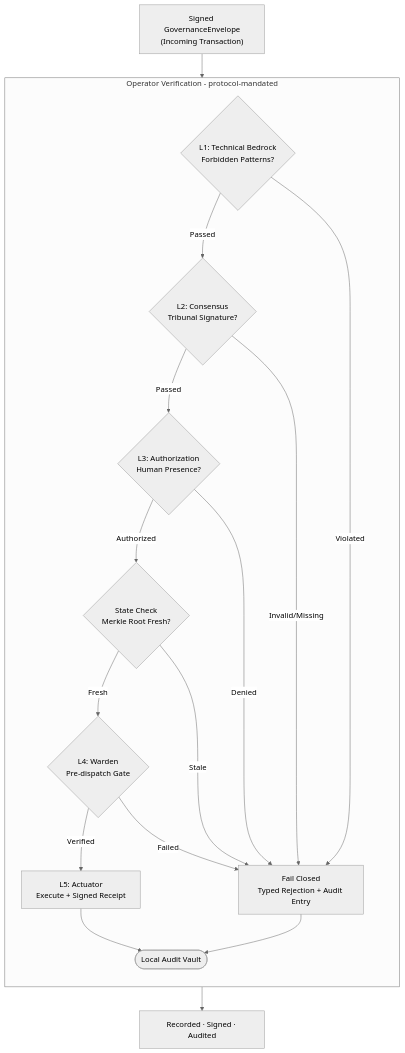
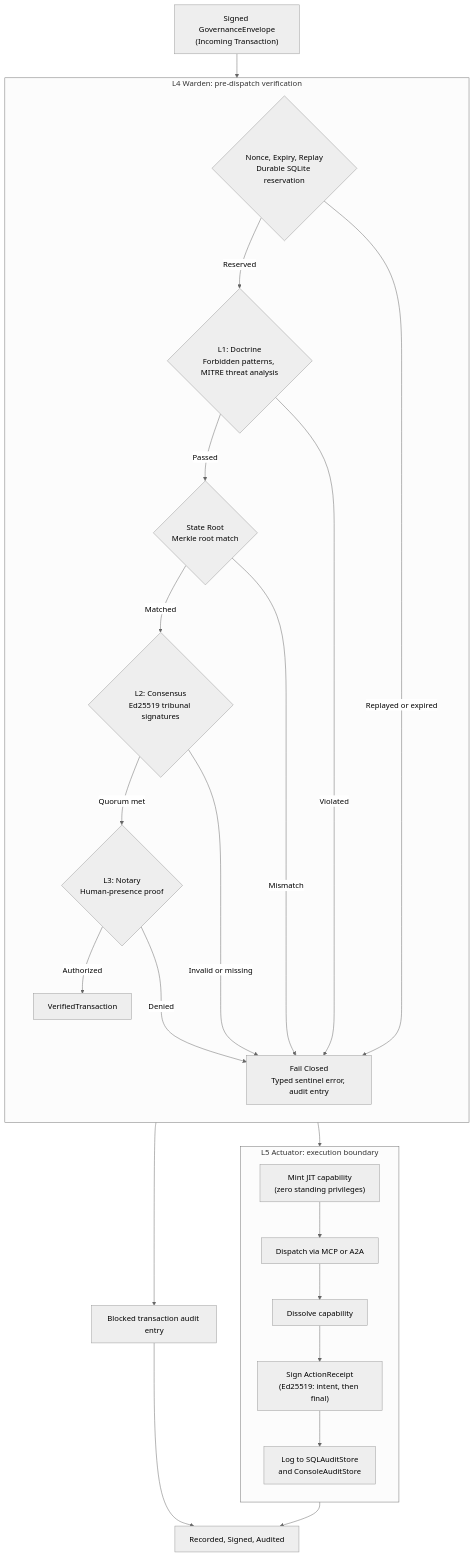
One commit to g8e-ai/g8e changed the diagram in docs/diagrams/graph-operator-pipeline-l1-l4-actuator.md. Above: the diagram before and after it, drawn with Mermaid (neutral theme). The commit also changed other lines of this file and 225 other files, not shown here.

````diff
--- a/docs/diagrams/graph-operator-pipeline-l1-l4-actuator.md
+++ b/docs/diagrams/graph-operator-pipeline-l1-l4-actuator.md
@@ -5,39 +5,48 @@
 ```mermaid
 graph TD
     Start["Signed GovernanceEnvelope<br/>(Incoming Transaction)"]
 
-    subgraph Verification ["Operator Verification - protocol-mandated"]
+    subgraph L4Warden ["L4 Warden: pre-dispatch verification"]
         direction TB
-        L1{"L1: Technical Bedrock<br/>Forbidden Patterns?"}
-        L2{"L2: Consensus<br/>Tribunal Signature?"}
-        L3{"L3: Authorization<br/>Human Presence?"}
-        State{"State Check<br/>Merkle Root Fresh?"}
-        L4{"L4: Warden<br/>Pre-dispatch Gate"}
-        
-        FailClosed["Fail Closed<br/>Typed Rejection + Audit Entry"]
-        Actuator["L5: Actuator<br/>Execute + Signed Receipt"]
-        LocalVault([Local Audit Vault])
+        Replay{"Nonce, Expiry, Replay<br/>Durable SQLite reservation"}
+        L1{"L1: Doctrine<br/>Forbidden patterns, MITRE threat analysis"}
+        State{"State Root<br/>Merkle root match"}
+        L2{"L2: Consensus<br/>Ed25519 tribunal signatures"}
+        L3{"L3: Notary<br/>Human-presence proof"}
 
-        L1 -- "Passed" --> L2
-        L1 -- "Violated" ----> FailClosed
-        
-        L2 -- "Passed" --> L3
-        L2 -- "Invalid/Missing" ---> FailClosed
-        
-        L3 -- "Authorized" --> State
-        L3 -- "Denied" --> FailClosed
-        
-        State -- "Fresh" --> L4
-        State -- "Stale" --> FailClosed
+        FailClosed["Fail Closed<br/>Typed sentinel error, audit entry"]
+        Verified["VerifiedTransaction"]
 
-        L4 -- "Verified" --> Actuator
-        L4 -- "Failed" --> FailClosed
+        Replay -- "Reserved" --> L1
+        Replay -- "Replayed or expired" ---> FailClosed
 
-        Actuator --> LocalVault
-        FailClosed --> LocalVault
+        L1 -- "Passed" --> State
+        L1 -- "Violated" ---> FailClosed
+
+        State -- "Matched" --> L2
+        State -- "Mismatch" ---> FailClosed
+
+        L2 -- "Quorum met" --> L3
+        L2 -- "Invalid or missing" ---> FailClosed
+
+        L3 -- "Authorized" --> Verified
+        L3 -- "Denied" ---> FailClosed
     end
 
-    LocalVault --> Done["Recorded · Signed · Audited"]
+    subgraph L5Actuator ["L5 Actuator: execution boundary"]
+        direction TB
+        Cap["Mint JIT capability<br/>(zero standing privileges)"]
+        Exec["Dispatch via MCP or A2A"]
+        Dissolve["Dissolve capability"]
+        Receipt["Sign ActionReceipt<br/>(Ed25519: intent, then final)"]
+        AuditLog["Log to SQLAuditStore<br/>and ConsoleAuditStore"]
 
-    Start --> L1
+        Cap --> Exec --> Dissolve --> Receipt --> AuditLog
+    end
+
+    Start --> Replay
+    Verified --> Cap
+    FailClosed --> BlockAudit["Blocked transaction audit entry"]
+    AuditLog --> Done["Recorded, Signed, Audited"]
+    BlockAudit --> Done
 ```
````
